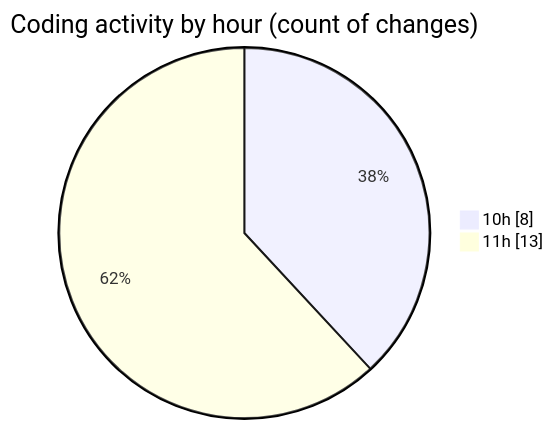
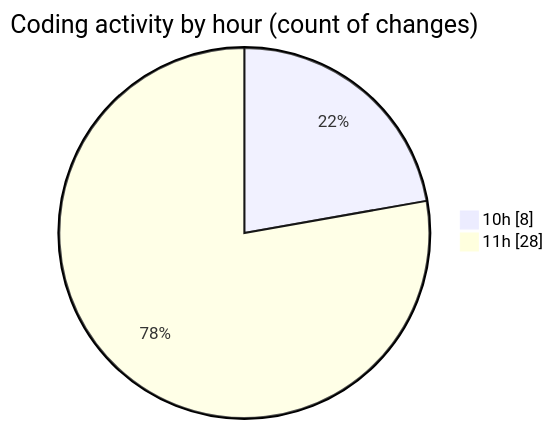
The second of 2 diagrams in 2025-08-22/nxtqube_webapp/README.md (nxtqubesakshisongat/code-tracking), drawn with Mermaid before and after one commit. The commit also changed other lines of this file and 1 other file, not shown here.

````diff
--- a/2025-08-22/nxtqube_webapp/README.md
+++ b/2025-08-22/nxtqube_webapp/README.md
@@ -28,6 +28,6 @@
 ```mermaid
 pie showData
 title Coding activity by hour (count of changes)
 "10h" : 8
-"11h" : 13
+"11h" : 28
 ```
````
